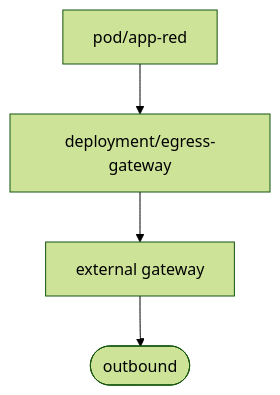
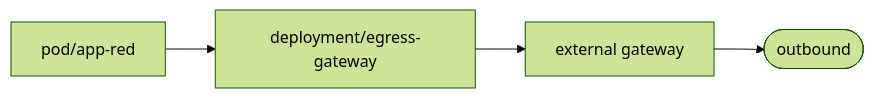
One commit to tigera/docs changed the diagram in calico-enterprise/compliance/egress-gateways.mdx. Above: the diagram before and after it, drawn with Mermaid (forest theme). The commit also changed other lines of this file, not shown here.

Commit message:
TD -> LR graph

```diff
--- a/calico-enterprise/compliance/egress-gateways.mdx
+++ b/calico-enterprise/compliance/egress-gateways.mdx
@@ -17,9 +17,9 @@
 <div class="mermaid">
-graph TD;
+graph LR;
     AR[pod/app-red];
     ER[deployment/egress-gateway];
     GW[external gateway];
     AR --> ER;
     ER --> GW;
     GW --> O([outbound]);
 </div>
```
